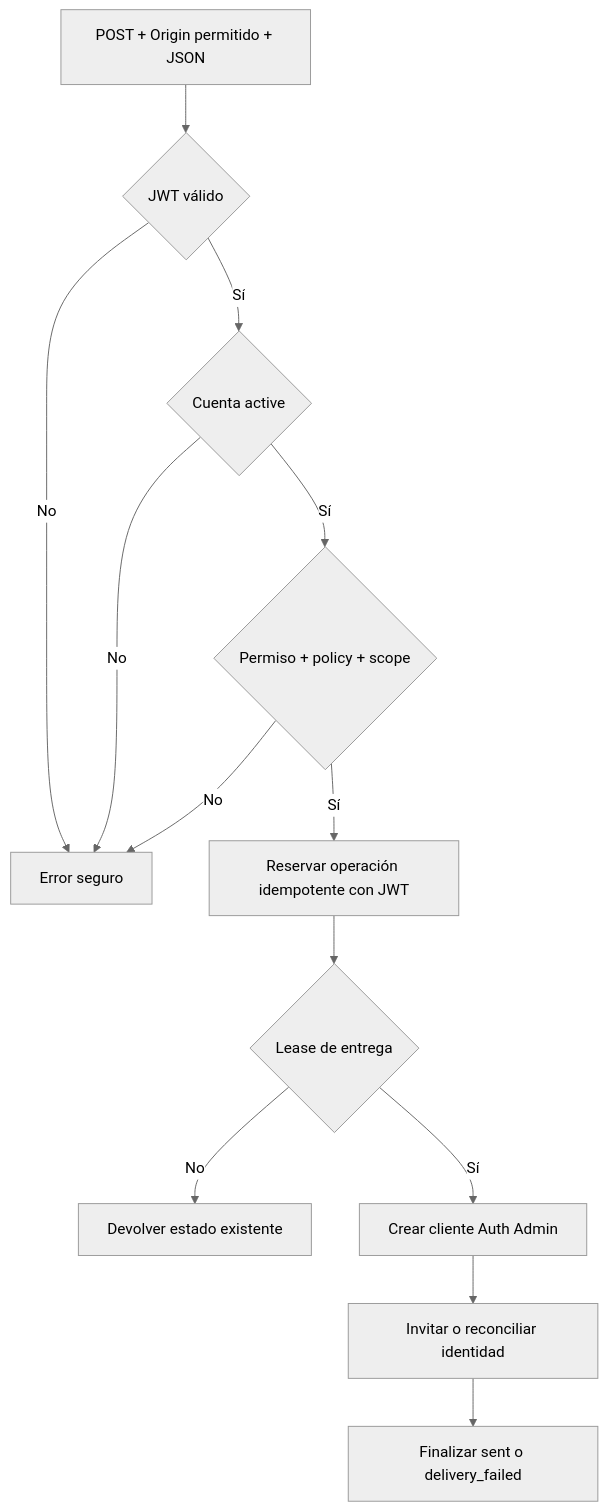
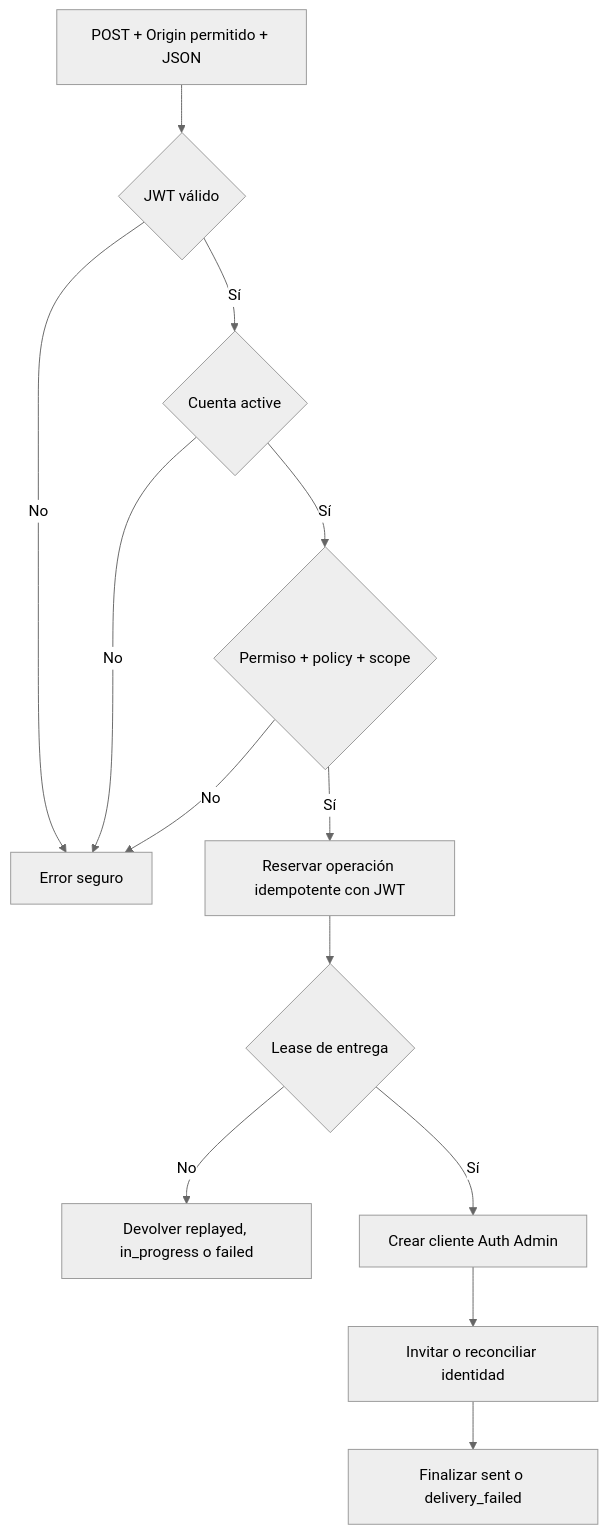
Before and after one commit to grovergonzalez8/Sistema-Voluntariado: the third of 10 diagrams in docs/architecture/runtime-view.md, drawn with Mermaid (neutral theme). The commit also changed other lines of this file and 62 other files, not shown here.

First line of the commit message:
Fix/invitation flow hardening (#7)

````diff
--- a/docs/architecture/runtime-view.md
+++ b/docs/architecture/runtime-view.md
@@ -42,15 +42,15 @@
 ```mermaid
 flowchart TD
   R["POST + Origin permitido + JSON"] --> J{"JWT válido"}
   J -->|No| X["Error seguro"]
   J -->|Sí| C{"Cuenta active"}
   C -->|No| X
   C -->|Sí| P{"Permiso + policy + scope"}
   P -->|No| X
   P -->|Sí| B["Reservar operación idempotente con JWT"]
   B --> L{"Lease de entrega"}
-  L -->|No| O["Devolver estado existente"]
+  L -->|No| O["Devolver replayed, in_progress o failed"]
   L -->|Sí| S["Crear cliente Auth Admin"]
   S --> A["Invitar o reconciliar identidad"]
   A --> F["Finalizar sent o delivery_failed"]
 ```
````
